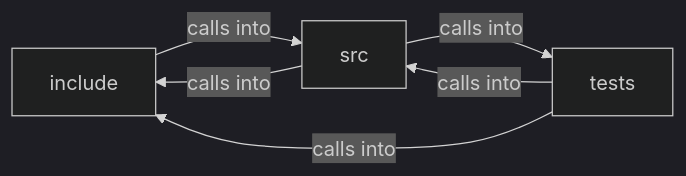
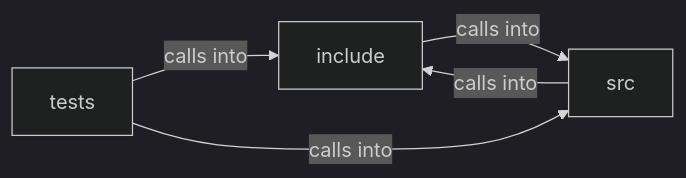
One commit to grisuno/FreeDom changed the diagram in readmenator-diagrams/src_tab.md. Above: the diagram before and after it, drawn with Mermaid (dark theme). The commit also changed 130 other files, not shown here.

````diff
--- a/readmenator-diagrams/src_tab.md
+++ b/readmenator-diagrams/src_tab.md
@@ -5,11 +5,10 @@
 ```mermaid
 graph LR
     include["include"]
     src["src"]
     tests["tests"]
     include -- "calls into" --> src
     src -- "calls into" --> include
-    src -- "calls into" --> tests
     tests -- "calls into" --> include
     tests -- "calls into" --> src
 ```
````
